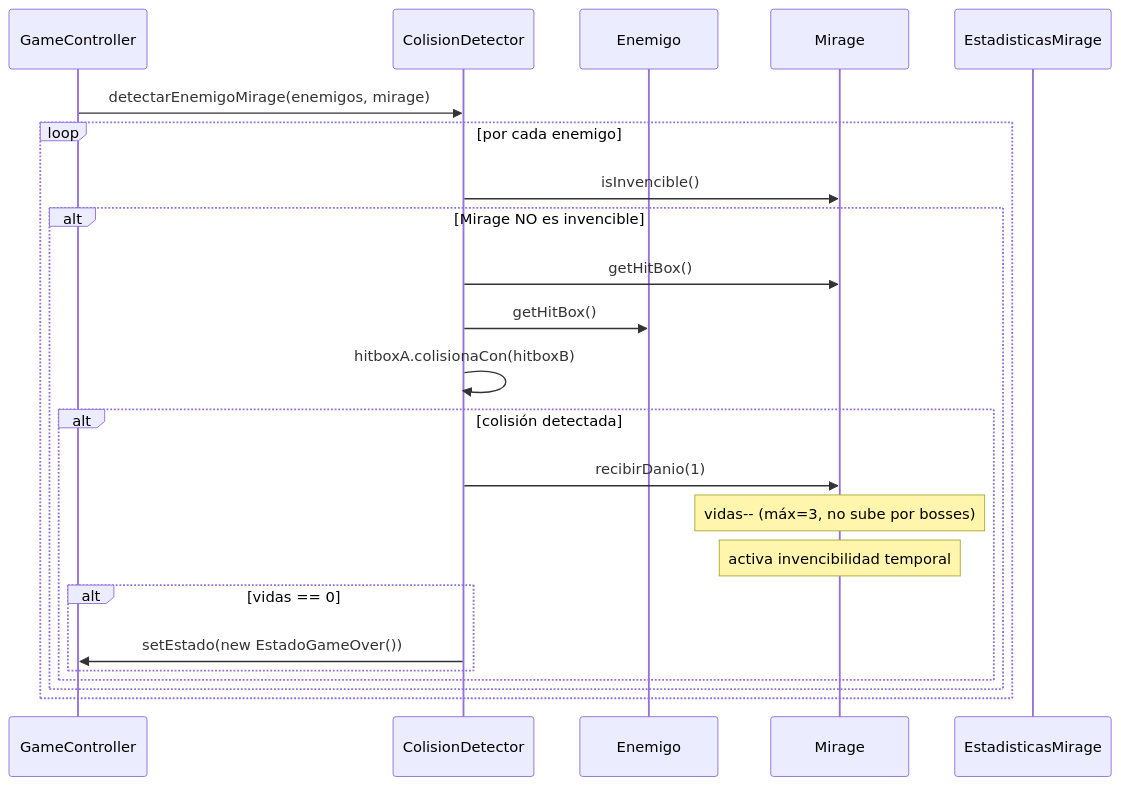
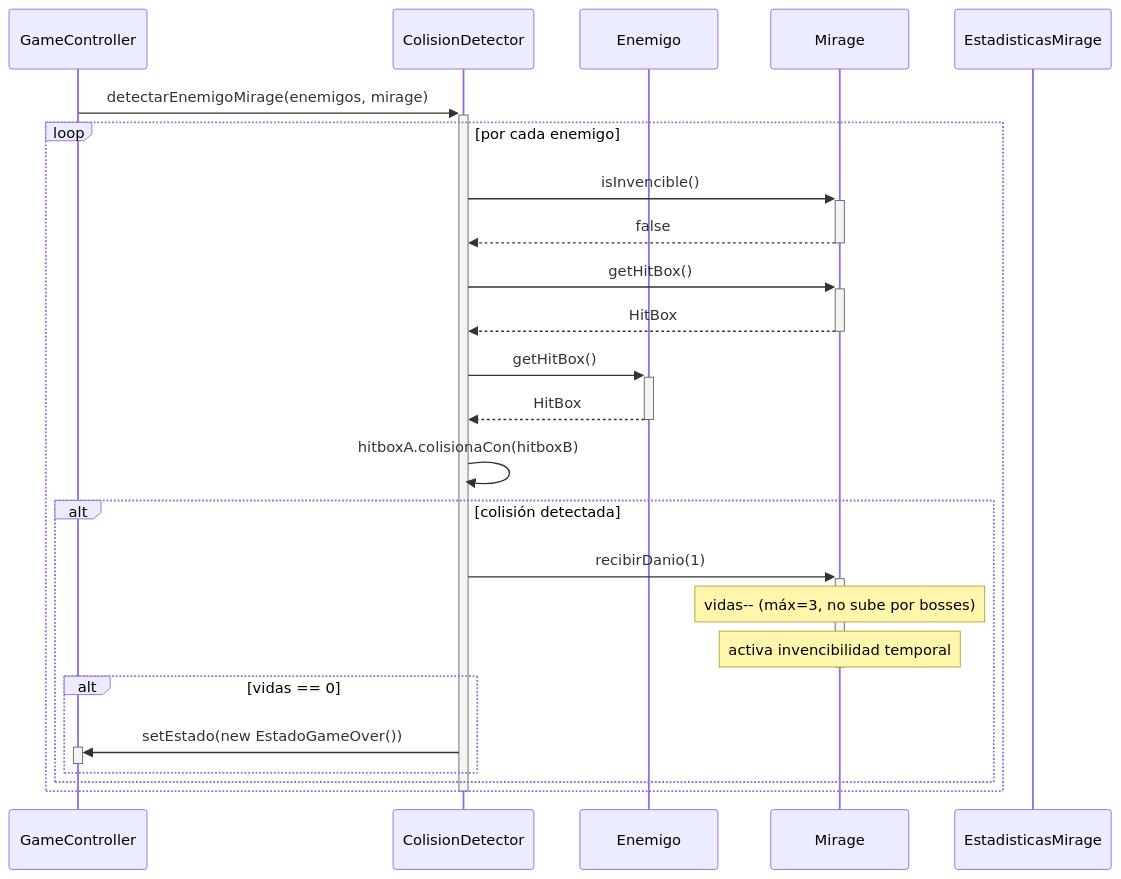
The fifth of 12 diagrams in docs/analisis/casos-de-uso.md (Christian-Rojas-Rodriguez/juego-1982), drawn with Mermaid before and after one commit. The commit also changed other lines of this file, not shown here.

Commit message:
Agregar rectángulos de activación a todos los diagramas de secuencia

````diff
--- a/docs/analisis/casos-de-uso.md
+++ b/docs/analisis/casos-de-uso.md
@@ -196,26 +222,30 @@
 ```mermaid
 sequenceDiagram
     participant GameController
     participant ColisionDetector
     participant Enemigo
     participant Mirage
     participant EstadisticasMirage
 
-    GameController->>ColisionDetector: detectarEnemigoMirage(enemigos, mirage)
+    GameController->>+ColisionDetector: detectarEnemigoMirage(enemigos, mirage)
     loop por cada enemigo
-        ColisionDetector->>Mirage: isInvencible()
-        alt Mirage NO es invencible
-            ColisionDetector->>Mirage: getHitBox()
-            ColisionDetector->>Enemigo: getHitBox()
-            ColisionDetector->>ColisionDetector: hitboxA.colisionaCon(hitboxB)
-            alt colisión detectada
-                ColisionDetector->>Mirage: recibirDanio(1)
-                Note over Mirage: vidas-- (máx=3, no sube por bosses)
-                Note over Mirage: activa invencibilidad temporal
-                alt vidas == 0
-                    ColisionDetector->>GameController: setEstado(new EstadoGameOver())
-                end
+        ColisionDetector->>+Mirage: isInvencible()
+        Mirage-->>-ColisionDetector: false
+        ColisionDetector->>+Mirage: getHitBox()
+        Mirage-->>-ColisionDetector: HitBox
+        ColisionDetector->>+Enemigo: getHitBox()
+        Enemigo-->>-ColisionDetector: HitBox
+        ColisionDetector->>ColisionDetector: hitboxA.colisionaCon(hitboxB)
+        alt colisión detectada
+            ColisionDetector->>+Mirage: recibirDanio(1)
+            Note over Mirage: vidas-- (máx=3, no sube por bosses)
+            Note over Mirage: activa invencibilidad temporal
+            deactivate Mirage
+            alt vidas == 0
+                ColisionDetector->>+GameController: setEstado(new EstadoGameOver())
+                deactivate GameController
             end
         end
     end
+    deactivate ColisionDetector
 ```
````
